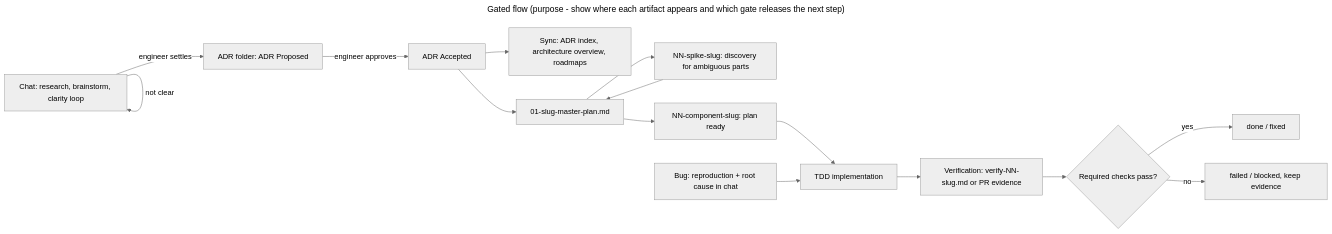
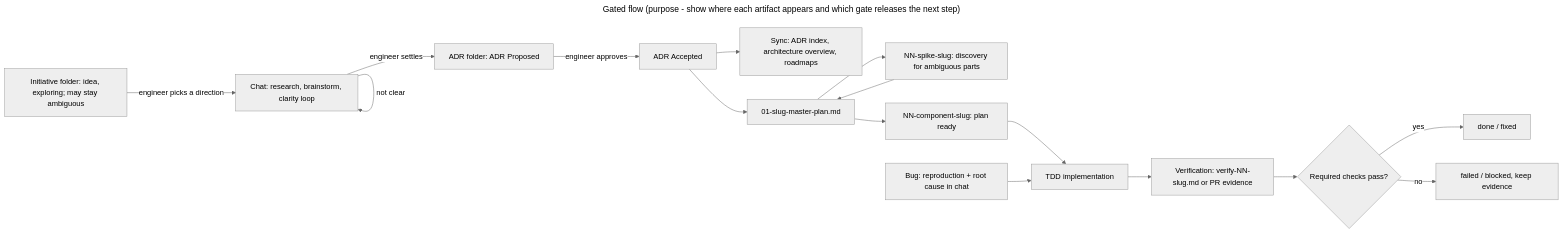
The diagram in workflow/workflow.md (huydoansg/my-skills-my-rules-my-agents), drawn with Mermaid (neutral theme) before and after one commit. The commit also changed other lines of this file and 20 other files, not shown here.

First line of the commit message:
feat(initiatives): initiative folders, shared roadmap and initiative-shaping skill

````diff
--- a/workflow/workflow.md
+++ b/workflow/workflow.md
@@ -17,20 +17,21 @@
 ```mermaid
 ---
 title: Gated flow (purpose - show where each artifact appears and which gate releases the next step)
 ---
 flowchart LR
+  I[Initiative folder: idea, exploring; may stay ambiguous] -->|engineer picks a direction| C
   C[Chat: research, brainstorm, clarity loop] -->|not clear| C
   C -->|engineer settles| A[ADR folder: ADR Proposed]
   A -->|engineer approves| AC[ADR Accepted]
   AC --> S[Sync: ADR index, architecture overview, roadmaps]
   AC --> M[01-slug-master-plan.md]
   M --> D[NN-spike-slug: discovery for ambiguous parts]
   D --> M
   M --> P[NN-component-slug: plan ready]
   P --> T[TDD implementation]
   B[Bug: reproduction + root cause in chat] --> T
   T --> V[Verification: verify-NN-slug.md or PR evidence]
   V --> G{Required checks pass?}
   G -- yes --> Done[done / fixed]
   G -- no --> X[failed / blocked, keep evidence]
 ```
````
